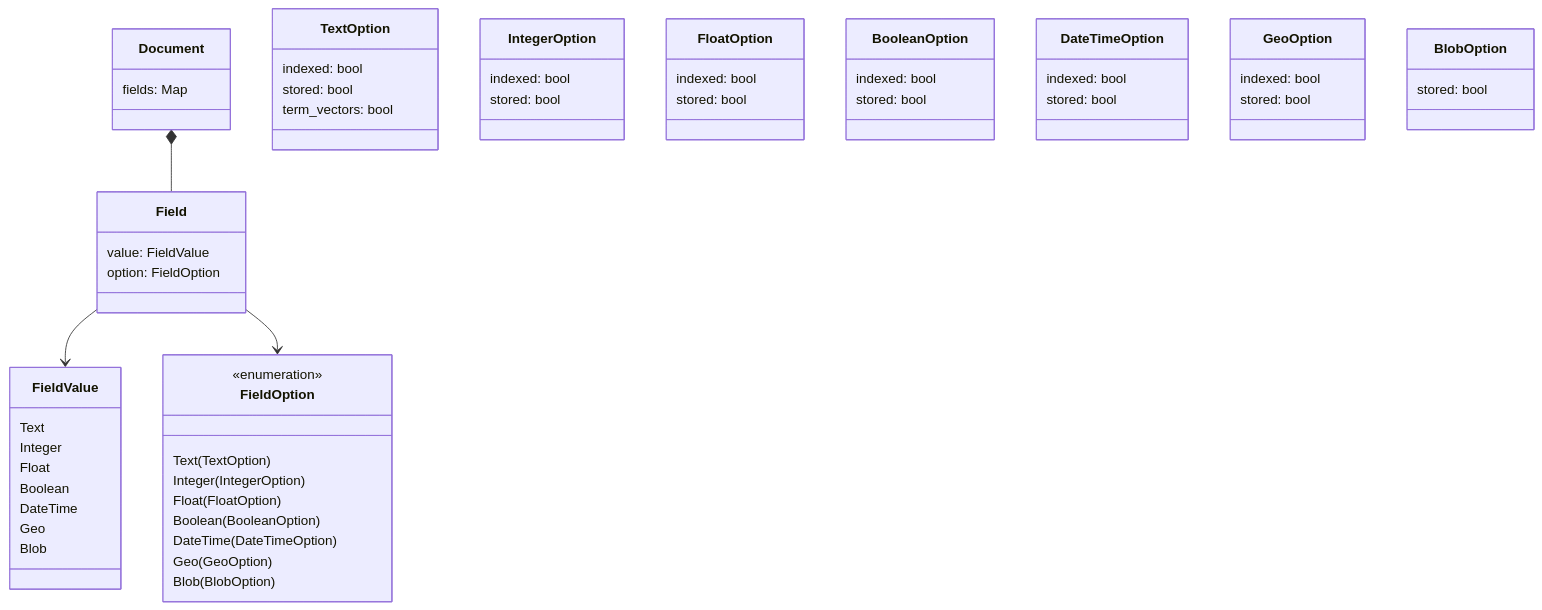
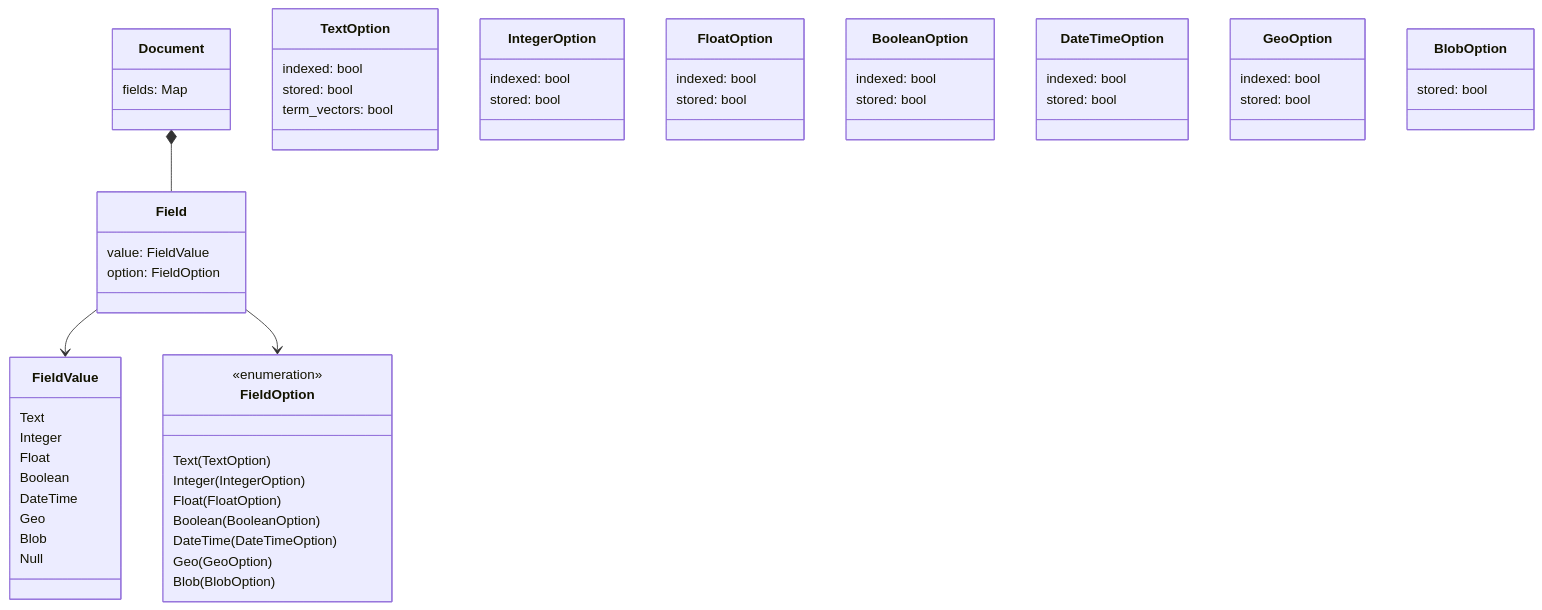
The first of 4 diagrams in docs/src/concepts/lexical_search.md (mosuka/iris), drawn with Mermaid before and after one commit. The commit also changed other lines of this file and 11 other files, not shown here.

````diff
--- a/docs/src/concepts/lexical_search.md
+++ b/docs/src/concepts/lexical_search.md
@@ -10,71 +10,72 @@
 ```mermaid
 classDiagram
     class Document {
         fields: Map<String, Field>
     }
 
     class Field {
         value: FieldValue
         option: FieldOption
     }
 
     class FieldValue {
         Text
         Integer
         Float
         Boolean
         DateTime
         Geo
         Blob
+        Null
     }
 
     class FieldOption {
         <<enumeration>>
         Text(TextOption)
         Integer(IntegerOption)
         Float(FloatOption)
         Boolean(BooleanOption)
         DateTime(DateTimeOption)
         Geo(GeoOption)
         Blob(BlobOption)
     }
 
     class TextOption {
         indexed: bool
         stored: bool
         term_vectors: bool
     }
 
     class IntegerOption {
         indexed: bool
         stored: bool
     }
 
     class FloatOption {
         indexed: bool
         stored: bool
     }
 
     class BooleanOption {
         indexed: bool
         stored: bool
     }
 
     class DateTimeOption {
         indexed: bool
         stored: bool
     }
 
     class GeoOption {
         indexed: bool
         stored: bool
     }
 
     class BlobOption {
         stored: bool
     }
 
     Document *-- Field
     Field --> FieldValue
     Field --> FieldOption
 ```
````
